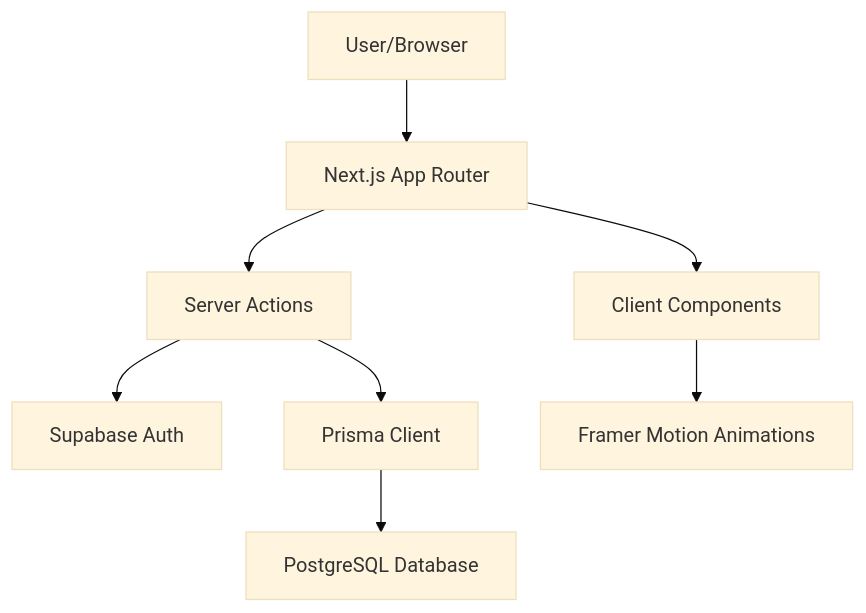
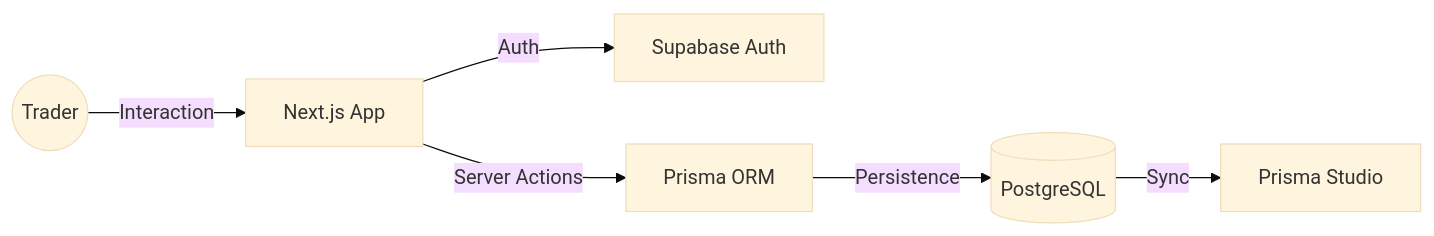
Before and after one commit to rushikeshxdev/funded-masters: the diagram in README.md, drawn with Mermaid (base theme). The commit also changed other lines of this file, not shown here.

````diff
--- a/README.md
+++ b/README.md
@@ -32,10 +50,8 @@
 ```mermaid
-graph TD
-    A[User/Browser] --> B[Next.js App Router]
-    B --> C[Server Actions]
-    C --> D[Supabase Auth]
-    C --> E[Prisma Client]
-    E --> F[PostgreSQL Database]
-    B --> G[Client Components]
-    G --> H[Framer Motion Animations]
+graph LR
+    User((Trader)) -- Interaction --> UI[Next.js App]
+    UI -- Auth --> Auth[Supabase Auth]
+    UI -- Server Actions --> Prisma[Prisma ORM]
+    Prisma -- Persistence --> DB[(PostgreSQL)]
+    DB -- Sync --> Studio[Prisma Studio]
 ```
````
